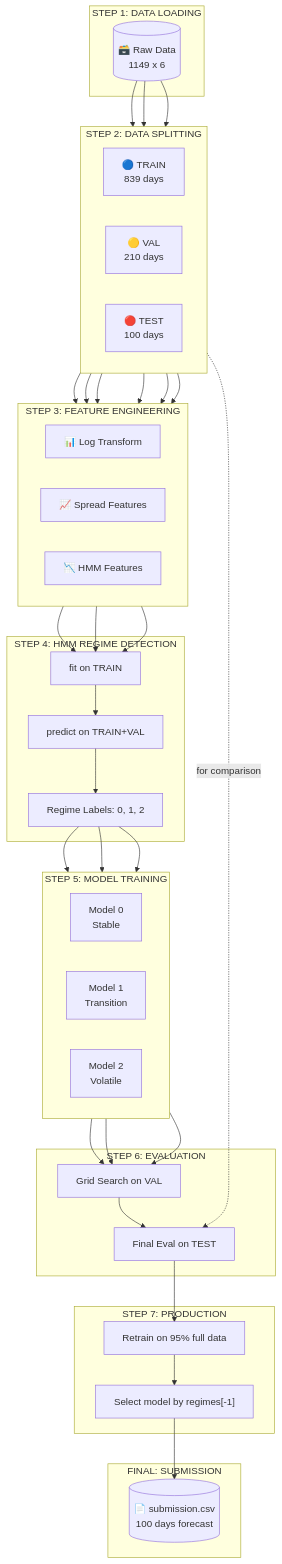
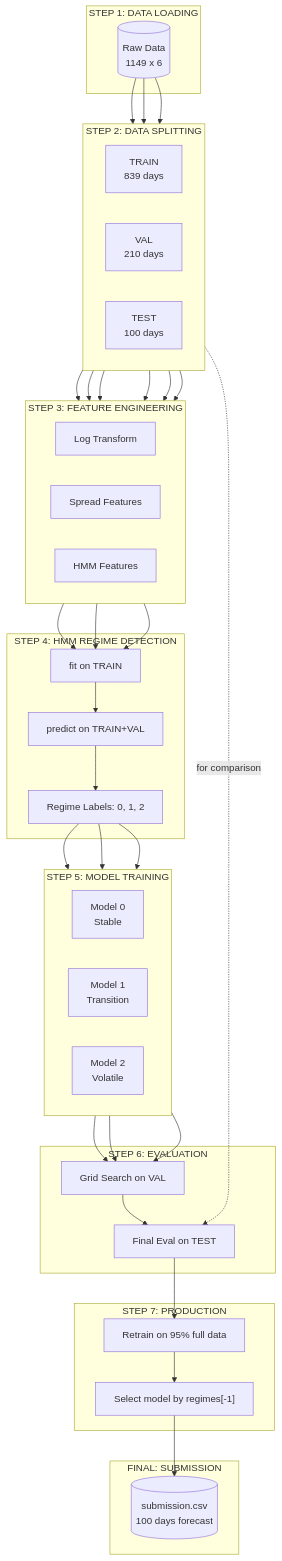
Before and after one commit to Hirin/AIO-Projects: the first of 6 diagrams in Project-6.1/BLOG.md, drawn with Mermaid. The commit also changed other lines of this file and 2 other files, not shown here.

````diff
--- a/Project-6.1/BLOG.md
+++ b/Project-6.1/BLOG.md
@@ -448,57 +441,57 @@
 ```mermaid
 flowchart TB
     subgraph STEP1["STEP 1: DATA LOADING"]
-        A[("🗃️ Raw Data<br/>1149 x 6")]
+        A[("Raw Data<br/>1149 x 6")]
     end
     
     subgraph STEP2["STEP 2: DATA SPLITTING"]
         direction LR
-        B1["🔵 TRAIN<br/>839 days"]
-        B2["🟡 VAL<br/>210 days"]
-        B3["🔴 TEST<br/>100 days"]
+        B1["TRAIN<br/>839 days"]
+        B2["VAL<br/>210 days"]
+        B3["TEST<br/>100 days"]
     end
     
     subgraph STEP3["STEP 3: FEATURE ENGINEERING"]
         direction LR
-        C1["📊 Log Transform"]
-        C2["📈 Spread Features"]
-        C3["📉 HMM Features"]
+        C1["Log Transform"]
+        C2["Spread Features"]
+        C3["HMM Features"]
     end
     
     subgraph STEP4["STEP 4: HMM REGIME DETECTION"]
         D1["fit on TRAIN"]
         D2["predict on TRAIN+VAL"]
         D3["Regime Labels: 0, 1, 2"]
     end
     
     subgraph STEP5["STEP 5: MODEL TRAINING"]
         direction LR
         E1["Model 0<br/>Stable"]
         E2["Model 1<br/>Transition"]
         E3["Model 2<br/>Volatile"]
     end
     
     subgraph STEP6["STEP 6: EVALUATION"]
         F1["Grid Search on VAL"]
         F2["Final Eval on TEST"]
     end
     
     subgraph STEP7["STEP 7: PRODUCTION"]
         G1["Retrain on 95% full data"]
         G2["Select model by regimes[-1]"]
     end
     
     subgraph OUTPUT["FINAL: SUBMISSION"]
-        H[("📄 submission.csv<br/>100 days forecast")]
+        H[("submission.csv<br/>100 days forecast")]
     end
     
     A --> B1 & B2 & B3
     B1 & B2 --> C1 & C2 & C3
     B3 -.->|"for comparison"| F2
     C1 & C2 & C3 --> D1
     D1 --> D2 --> D3
     D3 --> E1 & E2 & E3
     E1 & E2 & E3 --> F1
     F1 --> F2
     F2 --> G1 --> G2 --> H
 ```
````
